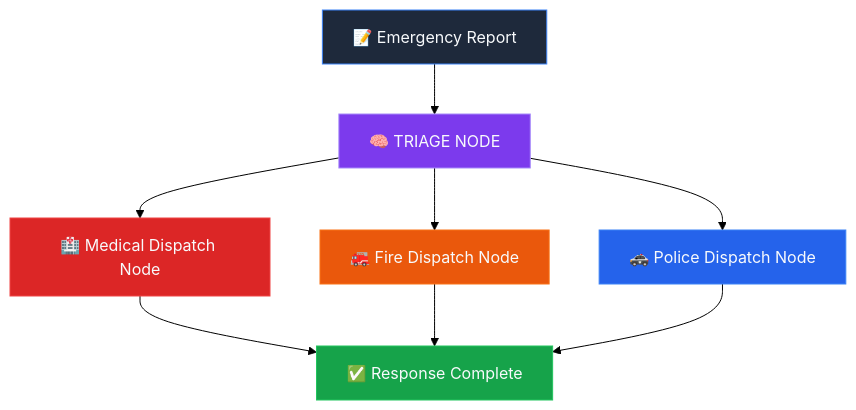
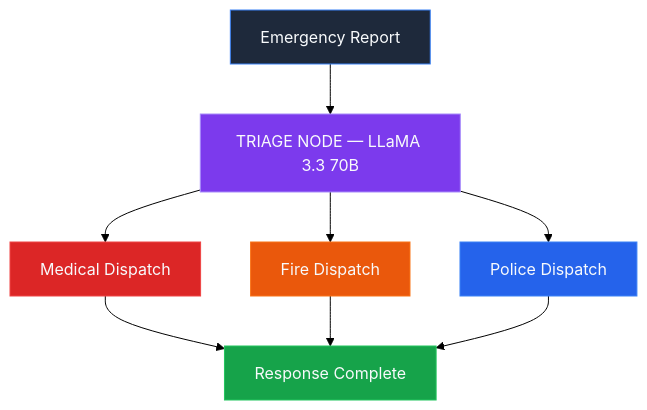
Before and after one commit to Jatan06/gdg_hackathon: the diagram in readme.md, drawn with Mermaid (forest theme). The commit also changed other lines of this file, not shown here.

````diff
--- a/readme.md
+++ b/readme.md
@@ -93,17 +57,17 @@
 ```mermaid
 graph TD
-    A[📝 Emergency Report] --> B[🧠 TRIAGE NODE]
-    B --> C[🏥 Medical Dispatch Node]
-    B --> D[🚒 Fire Dispatch Node]
-    B --> E[🚓 Police Dispatch Node]
-    C --> F[✅ Response Complete]
+    A["Emergency Report"] --> B["TRIAGE NODE — LLaMA 3.3 70B"]
+    B --> C["Medical Dispatch"]
+    B --> D["Fire Dispatch"]
+    B --> E["Police Dispatch"]
+    C --> F["Response Complete"]
     D --> F
     E --> F
 
     style A fill:#1e293b,stroke:#3b82f6,color:#f8fafc
     style B fill:#7c3aed,stroke:#a78bfa,color:#f8fafc
     style C fill:#dc2626,stroke:#ef4444,color:#f8fafc
     style D fill:#ea580c,stroke:#f97316,color:#f8fafc
     style E fill:#2563eb,stroke:#3b82f6,color:#f8fafc
     style F fill:#16a34a,stroke:#22c55e,color:#f8fafc
 ```
````
